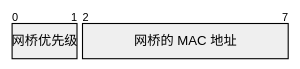
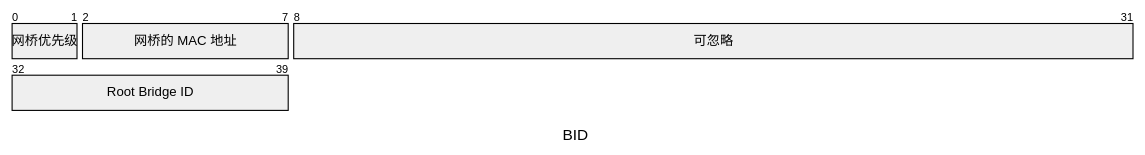
Before and after one commit to kyriejoshua/network-protocol-notes: the fourth of 9 diagrams in lib/底层网络知识之从二层到三层/Network Topology.md, drawn with Mermaid. The commit also changed other lines of this file, not shown here.

````diff
--- a/lib/底层网络知识之从二层到三层/Network Topology.md
+++ b/lib/底层网络知识之从二层到三层/Network Topology.md
@@ -42,7 +129,11 @@
 ```mermaid
+---
+title: BID
+---
 packet-beta
 
 0-1: "网桥优先级"
 2-7: "网桥的 MAC 地址"
-
+8-31: "可忽略"
+32-39: "Root Bridge ID"
 ```
````
